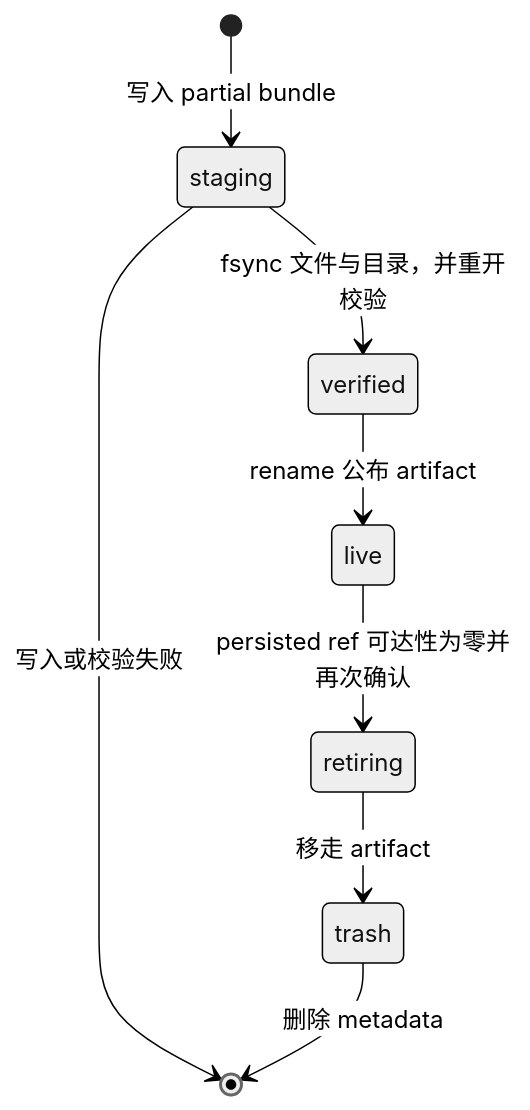
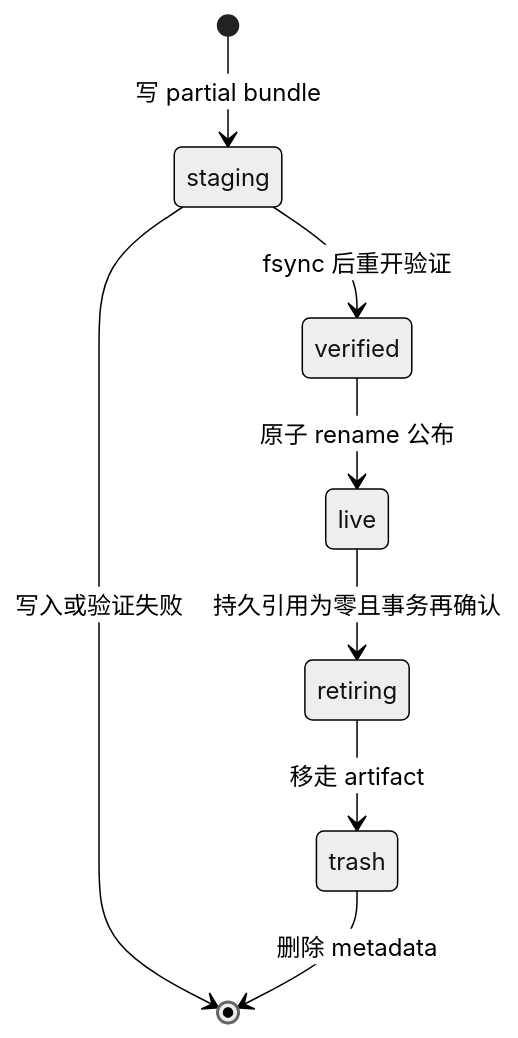
One commit to mouriya-s-lab/coder-loop changed the second of 5 diagrams in v3-issue/B.md. Above: the diagram before and after it, drawn with Mermaid (neutral theme). The commit also changed other lines of this file and 2 other files, not shown here.

````diff
--- a/v3-issue/B.md
+++ b/v3-issue/B.md
@@ -586,10 +264,10 @@
 ```mermaid
 stateDiagram-v2
-    [*] --> staging: 写入 partial bundle
-    staging --> verified: fsync 文件与目录，并重开校验
-    staging --> [*]: 写入或校验失败
-    verified --> live: rename 公布 artifact
-    live --> retiring: persisted ref 可达性为零并再次确认
+    [*] --> staging: 写 partial bundle
+    staging --> verified: fsync 后重开验证
+    staging --> [*]: 写入或验证失败
+    verified --> live: 原子 rename 公布
+    live --> retiring: 持久引用为零且事务再确认
     retiring --> trash: 移走 artifact
     trash --> [*]: 删除 metadata
 ```
````
